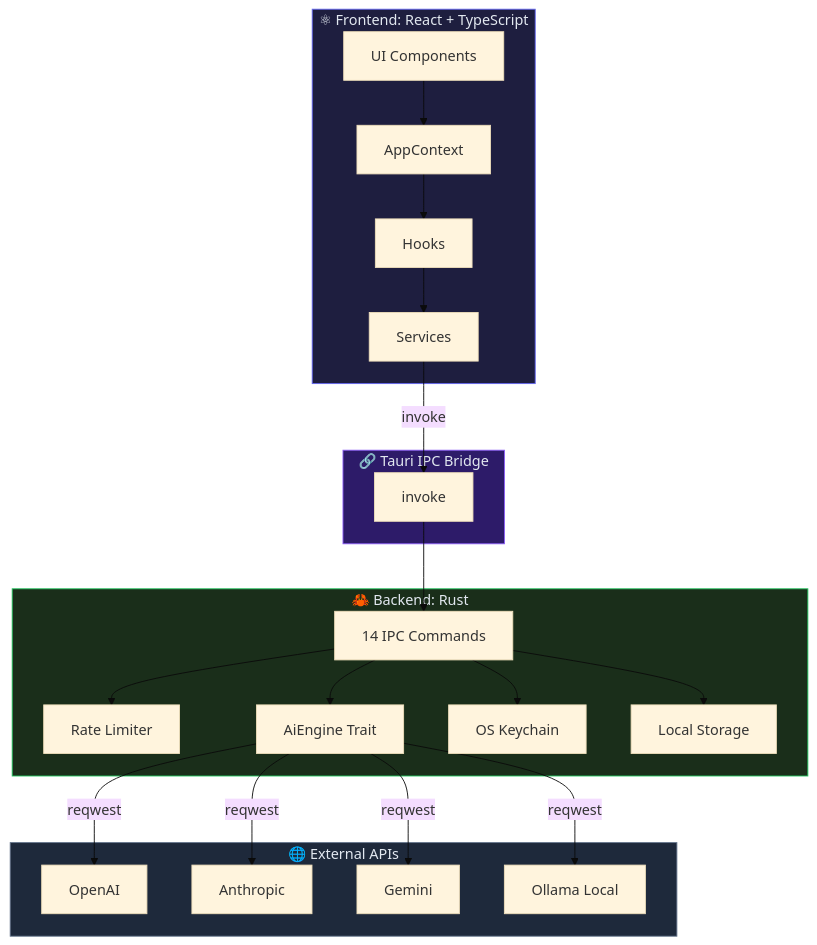
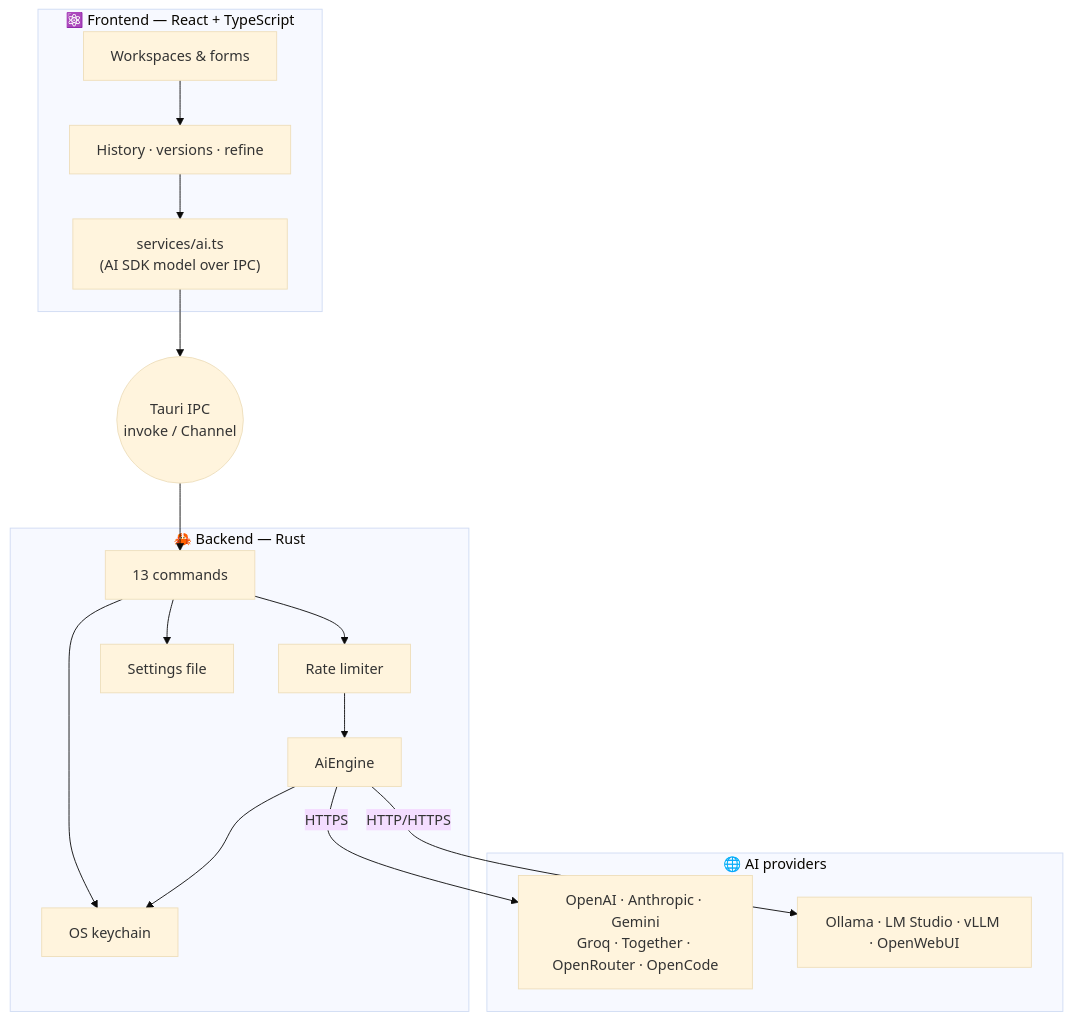
Before and after one commit to ekosistema/nexus-prompt-suite: the first of 2 diagrams in DEVELOPMENT.md, drawn with Mermaid (base theme). The commit also changed other lines of this file and 69 other files, not shown here.

````diff
--- a/DEVELOPMENT.md
+++ b/DEVELOPMENT.md
@@ -29,44 +49,31 @@
 ```mermaid
 graph TB
-    subgraph Frontend["⚛ Frontend: React + TypeScript"]
-        UI["UI Components"]
-        CTX["AppContext"]
-        HKS["Hooks"]
-        SVC["Services"]
+    subgraph FE["⚛️ Frontend — React + TypeScript"]
+        UI["Workspaces & forms"]
+        HIST["History · versions · refine"]
+        SVC["services/ai.ts<br/>(AI SDK model over IPC)"]
     end
 
-    subgraph Bridge["🔗 Tauri IPC Bridge"]
-        IPC["invoke"]
+    IPC(("Tauri IPC<br/>invoke / Channel"))
+
+    subgraph BE["🦀 Backend — Rust"]
+        CMD["13 commands"]
+        RL["Rate limiter"]
+        ENG["AiEngine"]
+        KR["OS keychain"]
+        CFG["Settings file"]
     end
 
-    subgraph Backend["🦀 Backend: Rust"]
-        CMD["14 IPC Commands"]
-        RL["Rate Limiter"]
-        AI["AiEngine Trait"]
-        KR["OS Keychain"]
-        FS["Local Storage"]
+    subgraph NET["🌐 AI providers"]
+        CLOUD["OpenAI · Anthropic · Gemini<br/>Groq · Together · OpenRouter · OpenCode"]
+        LOCAL["Ollama · LM Studio · vLLM · OpenWebUI"]
     end
 
-    subgraph External["🌐 External APIs"]
-        OAI["OpenAI"]
-        ANTH["Anthropic"]
-        GEM["Gemini"]
-        OLLA["Ollama Local"]
-    end
-
-    UI --> CTX --> HKS --> SVC
-    SVC -->|invoke| IPC --> CMD
-    CMD --> RL
-    CMD --> AI
+    UI --> HIST --> SVC --> IPC --> CMD
+    CMD --> RL --> ENG
     CMD --> KR
-    CMD --> FS
-    AI -->|reqwest| OAI
-    AI -->|reqwest| ANTH
-    AI -->|reqwest| GEM
-    AI -->|reqwest| OLLA
-
-    style Frontend fill:#1e1e3f,stroke:#6366f1,color:#e2e8f0
-    style Bridge fill:#2d1b69,stroke:#8b5cf6,color:#e2e8f0
-    style Backend fill:#1a2e1a,stroke:#22c55e,color:#e2e8f0
-    style External fill:#1e293b,stroke:#64748b,color:#e2e8f0
+    CMD --> CFG
+    ENG --> KR
+    ENG -->|HTTPS| CLOUD
+    ENG -->|HTTP/HTTPS| LOCAL
 ```
````
